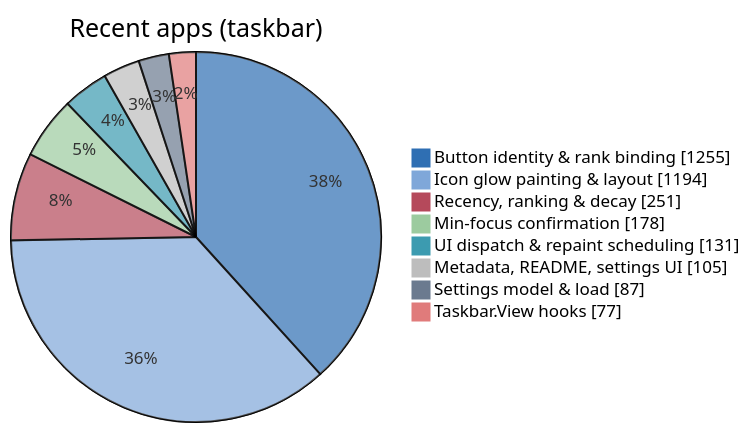
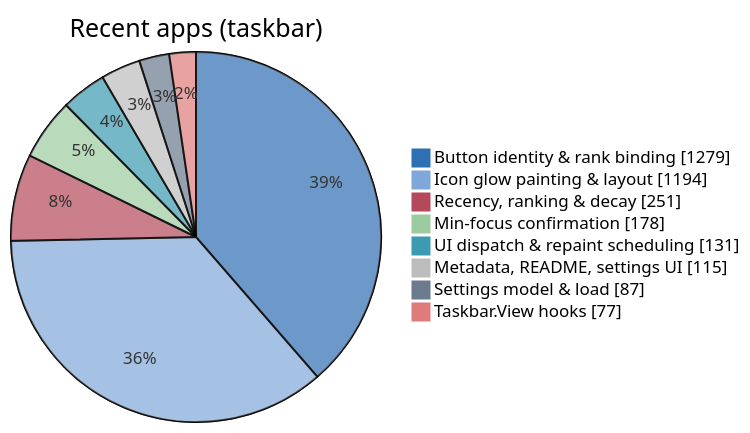
The third of 5 diagrams in doc/code/code-breakdown.md (jvlasek/taskbar-recent-focus-highlight), drawn with Mermaid before and after one commit. The commit also changed other lines of this file and 41 other files, not shown here.

````diff
--- a/doc/code/code-breakdown.md
+++ b/doc/code/code-breakdown.md
@@ -119,12 +119,12 @@
 ```mermaid
 %%{init: {"themeVariables": {"pie1": "#2F6FB3", "pie2": "#7FA7D9", "pie3": "#B5495B", "pie4": "#9CCB9F", "pie5": "#3C9BB0", "pie6": "#BDBDBD", "pie7": "#6B7A8F", "pie8": "#E07B7B", "pieOuterStrokeWidth": "1px"}}}%%
 pie showData title Recent apps (taskbar)
-    "Button identity & rank binding" : 1255
+    "Button identity & rank binding" : 1279
     "Icon glow painting & layout" : 1194
     "Recency, ranking & decay" : 251
     "Min-focus confirmation" : 178
     "UI dispatch & repaint scheduling" : 131
-    "Metadata, README, settings UI" : 105
+    "Metadata, README, settings UI" : 115
     "Settings model & load" : 87
     "Taskbar.View hooks" : 77
 ```
````
